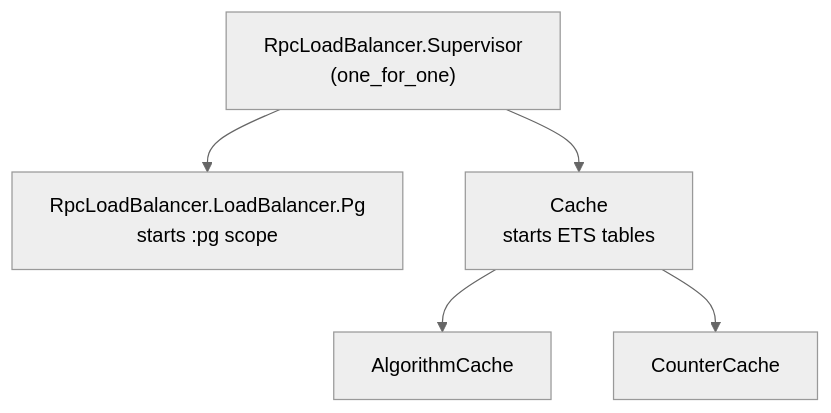
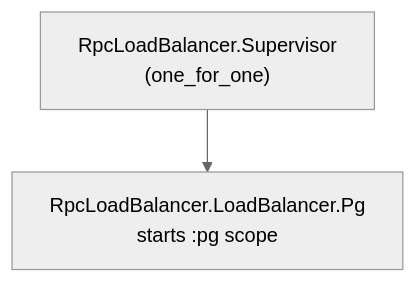
One commit to MikaAK/elixir_rpc_load_balancer changed the second of 3 diagrams in docs/explanation/architecture.md. Above: the diagram before and after it, drawn with Mermaid (neutral theme). The commit also changed other lines of this file and 23 other files, not shown here.

First line of the commit message:
chore: update documentation for new API and architecture changes

````diff
--- a/docs/explanation/architecture.md
+++ b/docs/explanation/architecture.md
@@ -129,7 +146,4 @@
 ```mermaid
 flowchart TD
     S["RpcLoadBalancer.Supervisor\n(one_for_one)"] --> PG["RpcLoadBalancer.LoadBalancer.Pg\nstarts :pg scope"]
-    S --> C["Cache\nstarts ETS tables"]
-    C --> AC["AlgorithmCache"]
-    C --> CC["CounterCache"]
 ```
````
